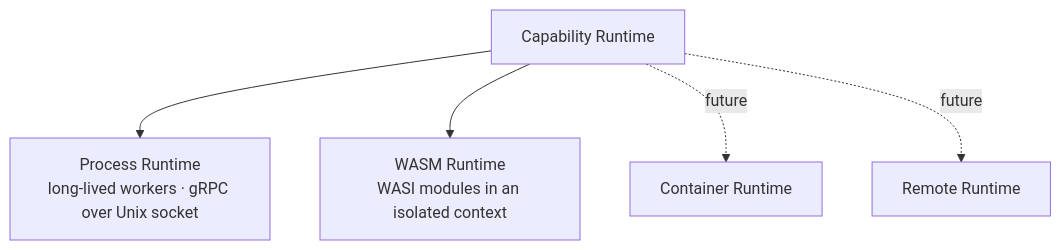
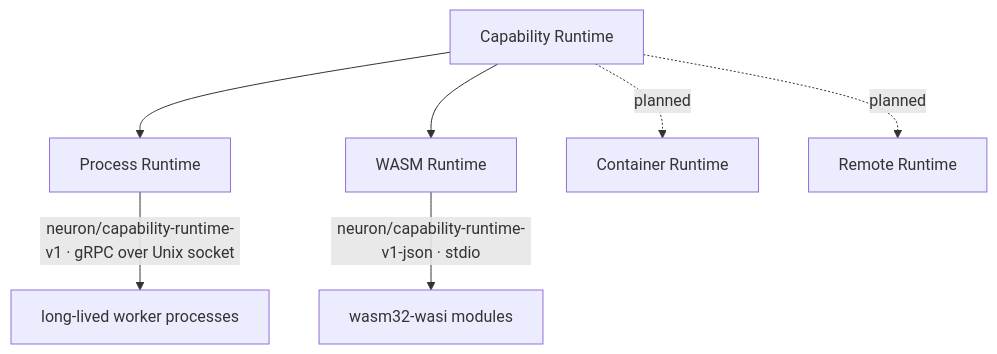
One commit to neuron-runtime/neuron changed the sixth of 10 diagrams in docs/ARCHITECTURE.md. Above: the diagram before and after it, drawn with Mermaid. The commit also changed other lines of this file and 15 other files, not shown here.

````diff
--- a/docs/ARCHITECTURE.md
+++ b/docs/ARCHITECTURE.md
@@ -300,7 +357,9 @@
 ```mermaid
 flowchart TB
-    ER[Capability Runtime] --> PROC[Process Runtime<br/>long-lived workers · gRPC over Unix socket]
-    ER --> WASM[WASM Runtime<br/>WASI modules in an isolated context]
-    ER -. future .-> CONT[Container Runtime]
-    ER -. future .-> REM[Remote Runtime]
+    ER[Capability Runtime] --> PROC[Process Runtime]
+    ER --> WASM[WASM Runtime]
+    ER -. planned .-> CONT[Container Runtime]
+    ER -. planned .-> REM[Remote Runtime]
+    PROC -->|neuron/capability-runtime-v1 · gRPC over Unix socket| W[long-lived worker processes]
+    WASM -->|neuron/capability-runtime-v1-json · stdio| MOD[wasm32-wasi modules]
 ```
````
